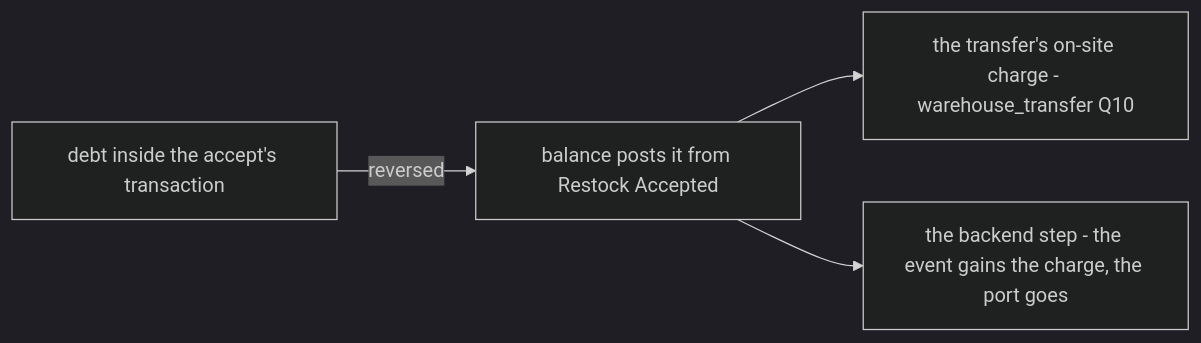
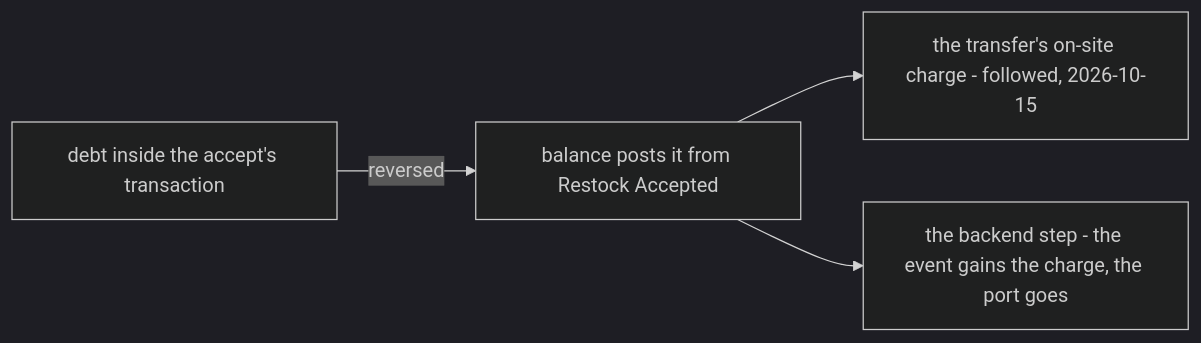
One commit to pdcgo/warehouse_revamp changed the seventh of 10 diagrams in docs/business/inventory/restock_clarify.md. Above: the diagram before and after it, drawn with Mermaid (dark theme). The commit also changed other lines of this file and 124 other files, not shown here.

````diff
--- a/docs/business/inventory/restock_clarify.md
+++ b/docs/business/inventory/restock_clarify.md
@@ -526,6 +526,6 @@
 ```mermaid
 flowchart LR
   OLD["debt inside the accept's transaction"] -->|"reversed"| NEW["balance posts it from Restock Accepted"]
-  NEW --> T["the transfer's on-site charge - warehouse_transfer Q10"]
+  NEW --> T["the transfer's on-site charge - followed, 2026-10-15"]
   NEW --> S["the backend step - the event gains the charge, the port goes"]
 ```
````
